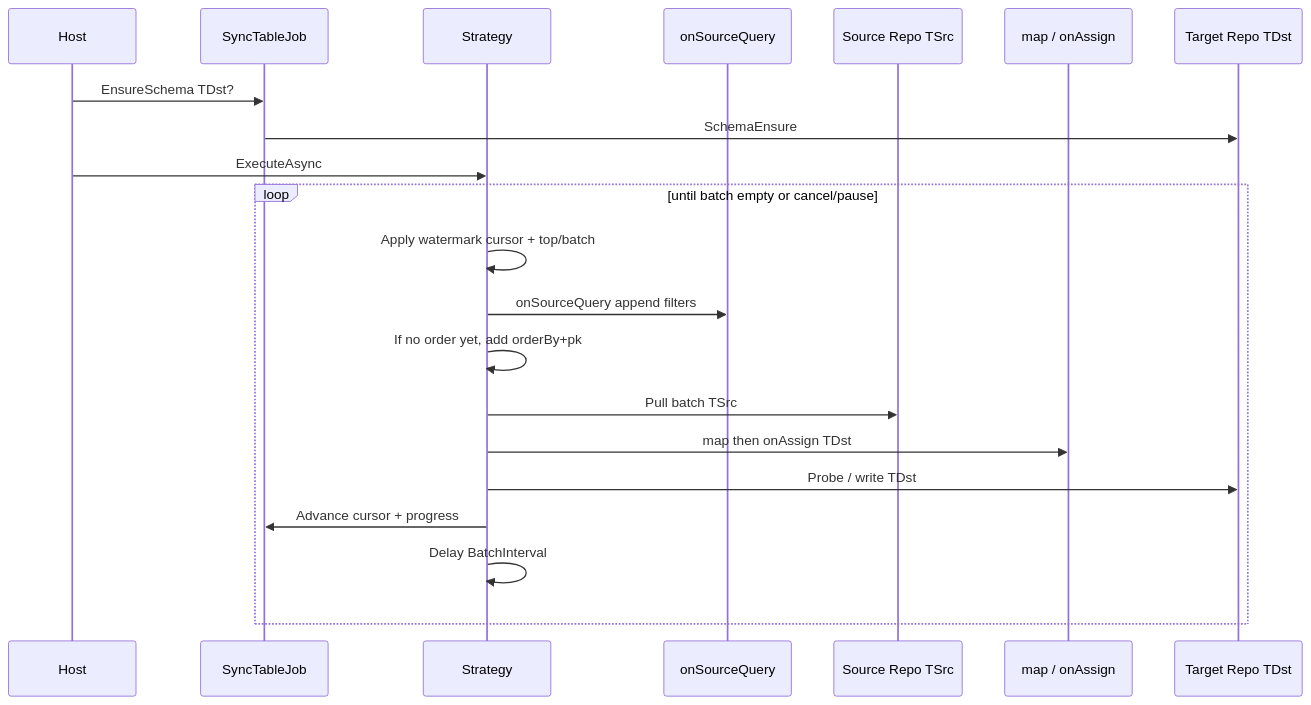
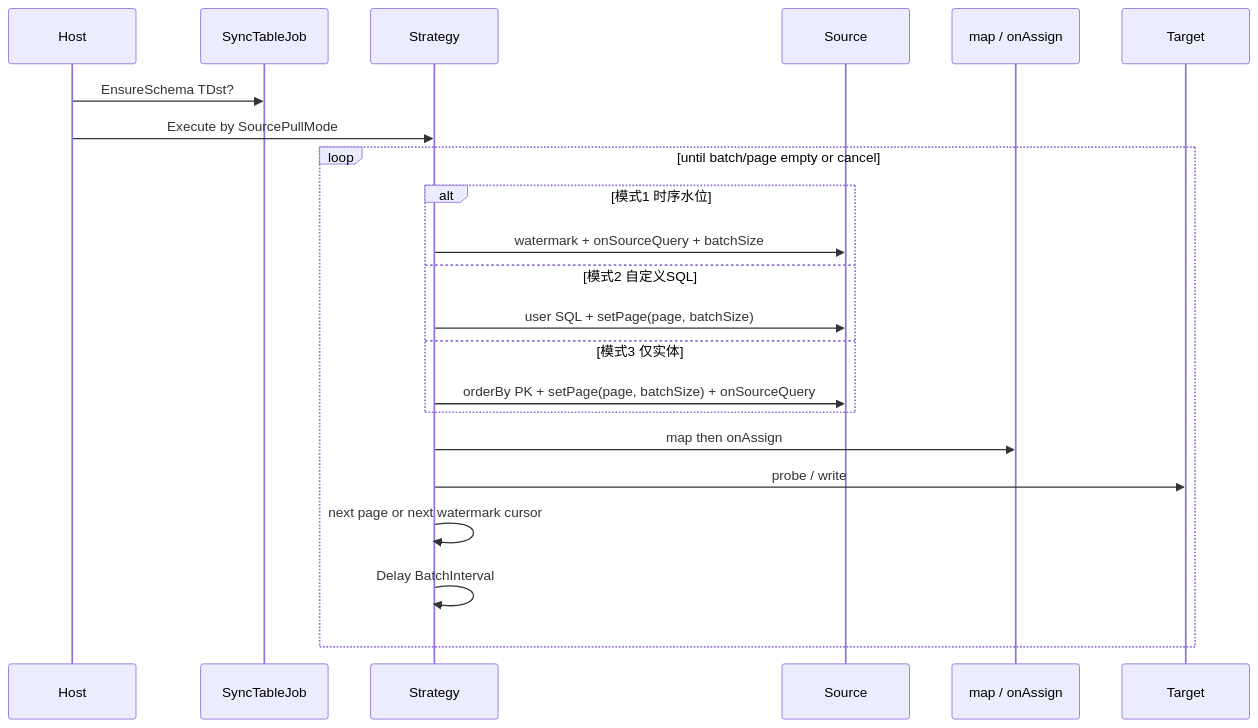
One commit to sailuosi/mooSQL changed the third of 3 diagrams in doc/design/features/同步/数据同步基类设计.md. Above: the diagram before and after it, drawn with Mermaid. The commit also changed other lines of this file, not shown here.

````diff
--- a/doc/design/features/同步/数据同步基类设计.md
+++ b/doc/design/features/同步/数据同步基类设计.md
@@ -353,24 +419,25 @@
 ```mermaid
 sequenceDiagram
   participant H as Host
   participant J as SyncTableJob
   participant S as Strategy
-  participant Hook as onSourceQuery
-  participant Src as Source Repo TSrc
+  participant Src as Source
   participant Map as map / onAssign
-  participant Dst as Target Repo TDst
+  participant Dst as Target
 
   H->>J: EnsureSchema TDst?
-  J->>Dst: SchemaEnsure
-  H->>S: ExecuteAsync
-  loop until batch empty or cancel/pause
-    S->>S: Apply watermark cursor + top/batch
-    S->>Hook: onSourceQuery append filters
-    S->>S: If no order yet, add orderBy+pk
-    S->>Src: Pull batch TSrc
-    S->>Map: map then onAssign TDst
-    S->>Dst: Probe / write TDst
-    S->>J: Advance cursor + progress
+  H->>S: Execute by SourcePullMode
+  loop until batch/page empty or cancel
+    alt 模式1 时序水位
+      S->>Src: watermark + onSourceQuery + batchSize
+    else 模式2 自定义SQL
+      S->>Src: user SQL + setPage(page, batchSize)
+    else 模式3 仅实体
+      S->>Src: orderBy PK + setPage(page, batchSize) + onSourceQuery
+    end
+    S->>Map: map then onAssign
+    S->>Dst: probe / write
+    S->>S: next page or next watermark cursor
     S->>S: Delay BatchInterval
   end
 ```
````
